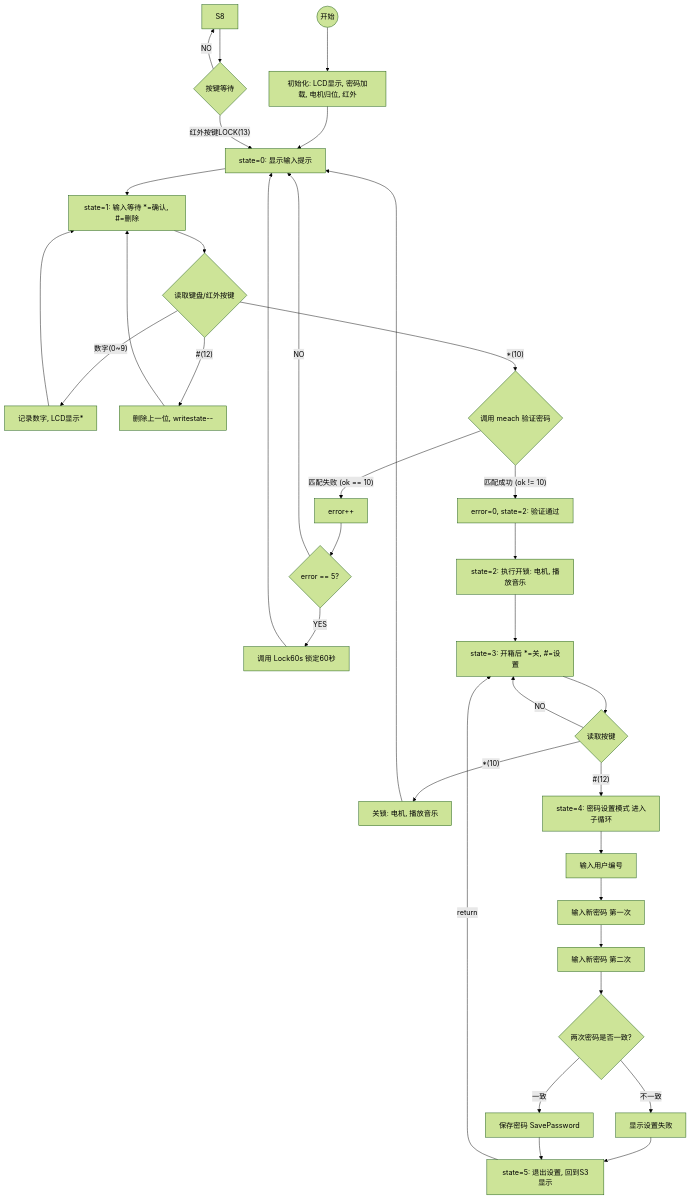
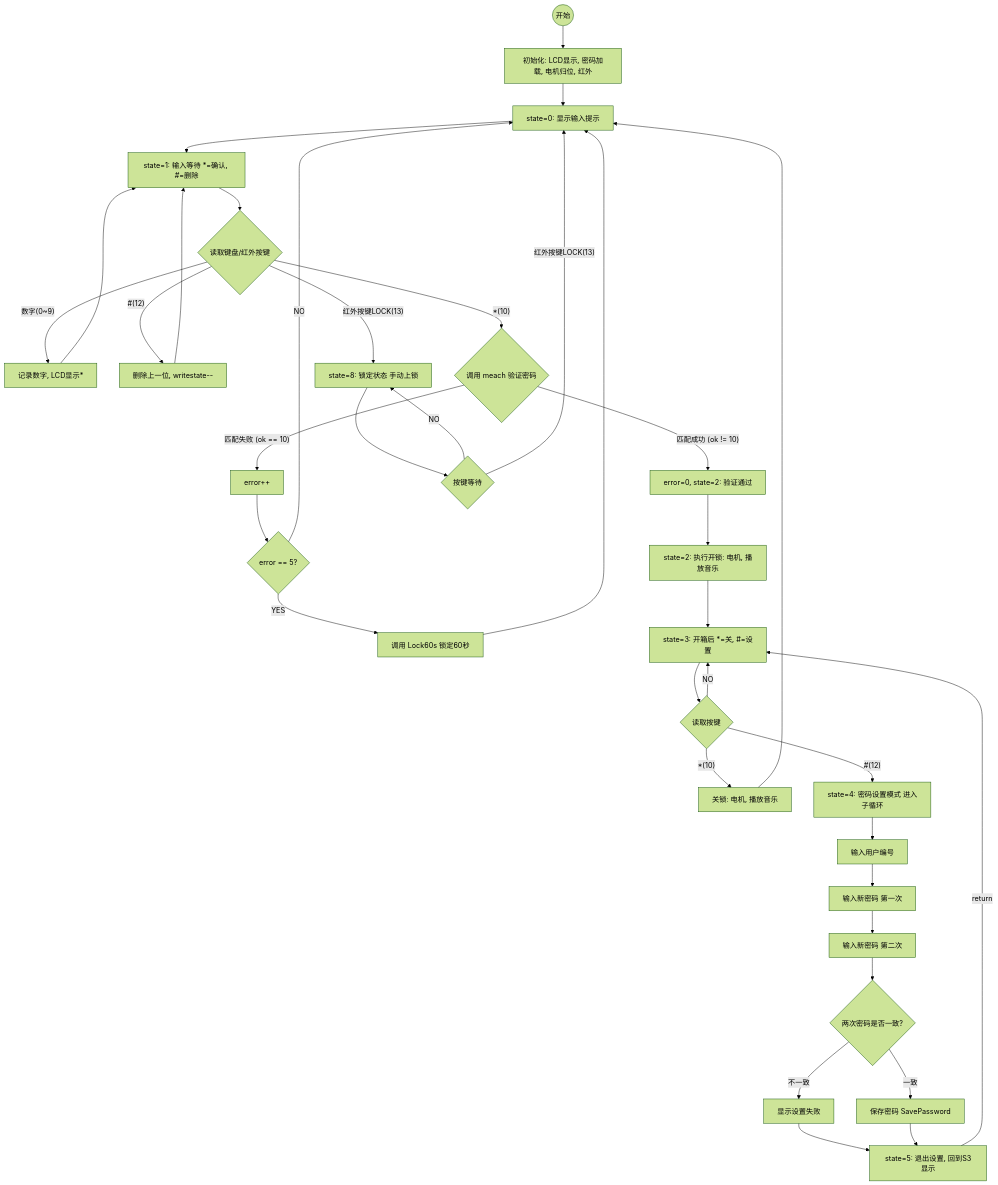
The diagram in all/未命名-1.md (ksxyh-22/iodraw-files), drawn with Mermaid (forest theme) before and after one commit.

Commit message:
2025-10-11 11:12:43 update

````diff
--- a/all/未命名-1.md
+++ b/all/未命名-1.md
@@ -1,67 +1,68 @@
 ```mermaid
 graph TD
     %% 状态机主流程
     START((开始)) --> INIT[初始化: LCD显示, 密码加载, 电机归位, 红外];
     INIT --> S0[state=0: 显示输入提示];
 
     %% 状态 1: 密码输入与验证
     S0 --> S1[state=1: 输入等待 *=确认, #=删除];
     
     S1 --> INPUT{读取键盘/红外按键};
     
     INPUT -- 数字(0~9) --> DIGIT[记录数字, LCD显示*];
     DIGIT --> S1;
 
     INPUT -- #(12) --> DELETE[删除上一位, writestate--];
     DELETE --> S1;
 
     
     
     INPUT -- *(10) --> VERIFY{调用 meach 验证密码};
     
     VERIFY -- 匹配成功 (ok != 10) --> S2_SUCCESS[error=0, state=2: 验证通过];
     
     VERIFY -- 匹配失败 (ok == 10) --> ERROR_COUNT[error++];
     
     ERROR_COUNT --> CHECK_ERRORS{error == 5?};
     
     CHECK_ERRORS -- NO --> S0;
 
     CHECK_ERRORS -- YES --> LOCK_60s[调用 Lock60s 锁定60秒];
     LOCK_60s --> S0;
 
     %% 状态 2, 3, 5: 开锁后的操作
     S2_SUCCESS --> S2_OPEN[state=2: 执行开锁: 电机, 播放音乐];
     S2_OPEN --> S3[state=3: 开箱后 *=关, #=设置];
 
     S3 --> POST_KEY{读取按键};
     
     POST_KEY -- NO --> S3;
     
     POST_KEY -- *(10) --> S3_CLOSE[关锁: 电机, 播放音乐];
     S3_CLOSE --> S0;
     
     POST_KEY -- #(12) --> S4[state=4: 密码设置模式 进入子循环];
 
     %% 状态 4: 密码设置
     S4 --> S4_USER[输入用户编号];
     S4_USER --> S4_PASS1[输入新密码 第一次];
     S4_PASS1 --> S4_PASS2[输入新密码 第二次];
 
     S4_PASS2 --> S4_CHECK{两次密码是否一致?};
     
     S4_CHECK -- 不一致 --> S4_FAIL[显示设置失败];
     S4_FAIL --> S5[state=5: 退出设置, 回到S3显示];
 
     S4_CHECK -- 一致 --> S4_SAVE[保存密码 SavePassword];
     S4_SAVE --> S5;
     
     S5 -- return --> S3; 
     %% 回到开箱后状态的显示
+    INPUT -- 红外按键LOCK(13) --> S8[state=8: 锁定状态 手动上锁];
 
     %% 状态 8: 锁定状态 (手动)
     S8 --> S8_WAIT{按键等待};
     
     S8_WAIT -- NO --> S8;
     S8_WAIT -- 红外按键LOCK(13) --> S0;
 ```
````
